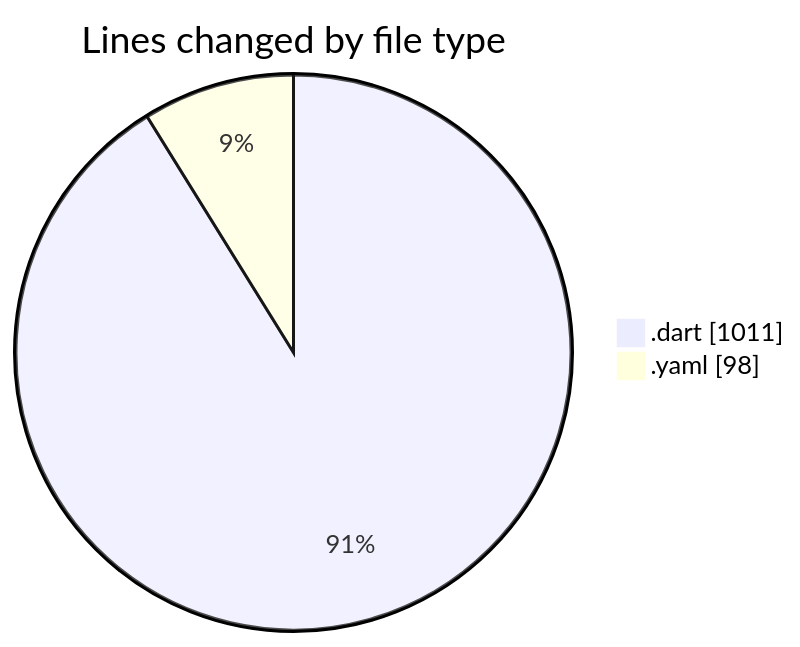
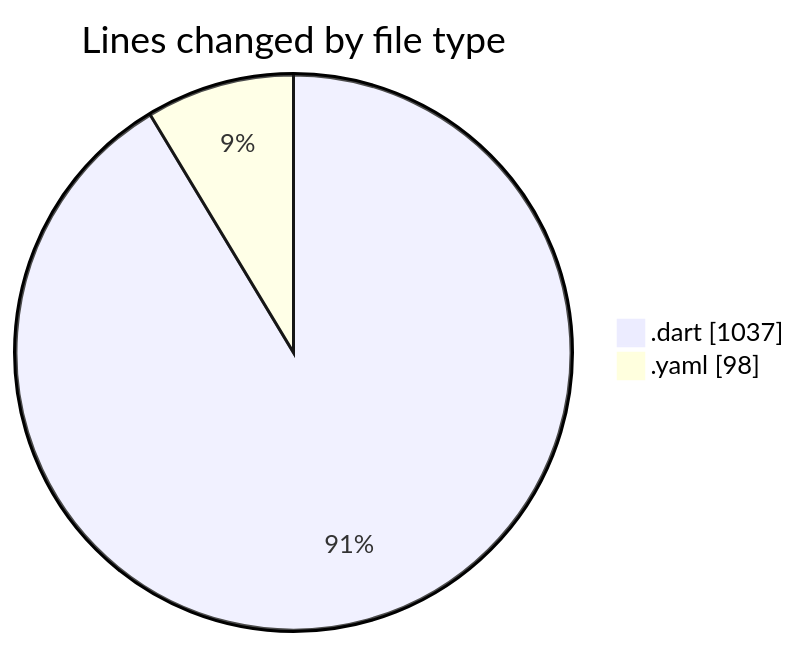
The first of 2 diagrams in 2025-11-01/weather_insights_app/README.md (donsfak/code-tracking), drawn with Mermaid before and after one commit. The commit also changed other lines of this file and 1 other file, not shown here.

````diff
--- a/2025-11-01/weather_insights_app/README.md
+++ b/2025-11-01/weather_insights_app/README.md
@@ -25,6 +26,6 @@
 ```mermaid
 pie showData
 title Lines changed by file type
-".dart" : 1011
+".dart" : 1037
 ".yaml" : 98
 ```
````
